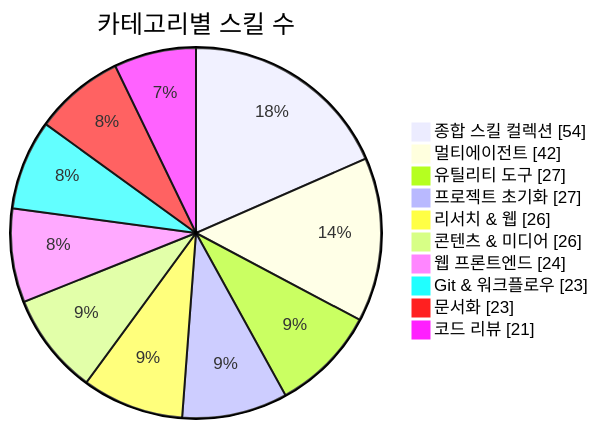
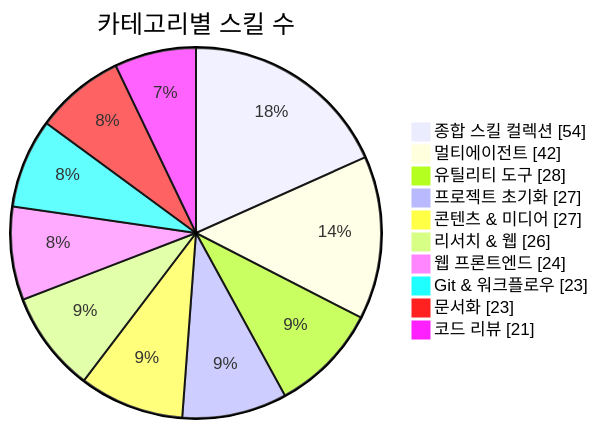
Before and after one commit to J-nowcow/awesome-korean-agent-skills: the first of 3 diagrams in README.md, drawn with Mermaid. The commit also changed other lines of this file and 4 other files, not shown here.

````diff
--- a/README.md
+++ b/README.md
@@ -176,14 +176,14 @@
 ```mermaid
 pie showData
     title 카테고리별 스킬 수
     "종합 스킬 컬렉션" : 54
     "멀티에이전트" : 42
-    "유틸리티 도구" : 27
+    "유틸리티 도구" : 28
     "프로젝트 초기화" : 27
+    "콘텐츠 & 미디어" : 27
     "리서치 & 웹" : 26
-    "콘텐츠 & 미디어" : 26
     "웹 프론트엔드" : 24
     "Git & 워크플로우" : 23
     "문서화" : 23
     "코드 리뷰" : 21
 ```
````
